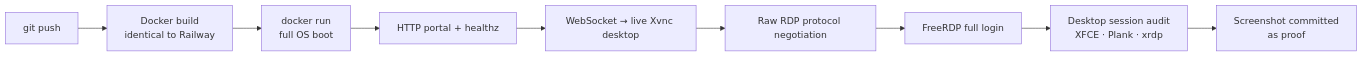
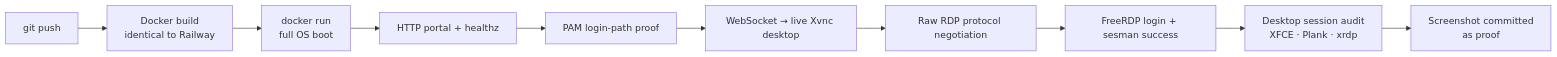
One commit to ThaddeusHackz/RDP-universal- changed the diagram in README.md. Above: the diagram before and after it, drawn with Mermaid. The commit also changed other lines of this file and 25 other files, not shown here.

````diff
--- a/README.md
+++ b/README.md
@@ -145,11 +145,12 @@
 ```mermaid
 flowchart LR
     P[git push] --> B[Docker build<br/>identical to Railway]
     B --> R[docker run<br/>full OS boot]
     R --> H[HTTP portal + healthz]
-    H --> W[WebSocket → live Xvnc desktop]
+    H --> L[PAM login-path proof]
+    L --> W[WebSocket → live Xvnc desktop]
     W --> N[Raw RDP protocol negotiation]
-    N --> F[FreeRDP full login]
+    N --> F[FreeRDP login + sesman success]
     F --> S[Desktop session audit<br/>XFCE · Plank · xrdp]
     S --> C[Screenshot committed<br/>as proof]
 ```
````
